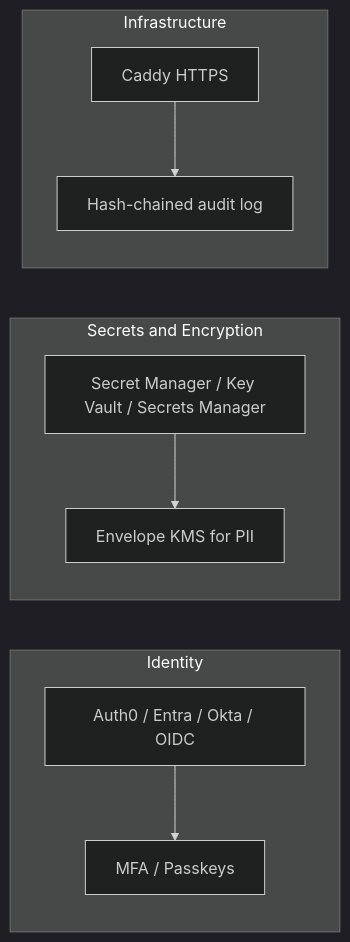
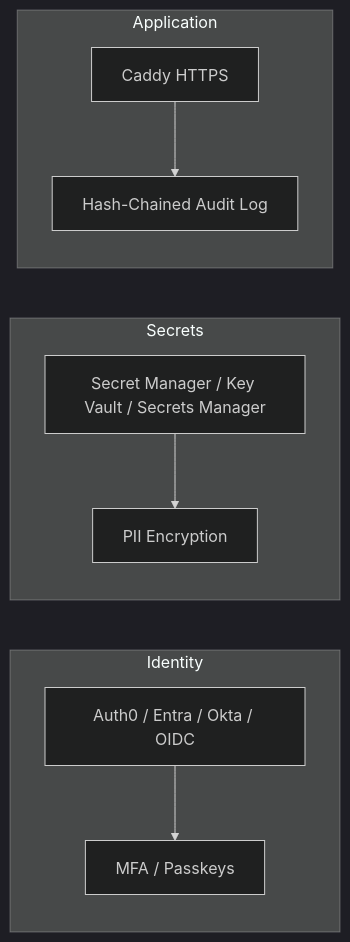
The fourth of 4 diagrams in README.md (Pinpoint-311/Pinpoint-311), drawn with Mermaid (dark theme) before and after one commit. The commit also changed other lines of this file, not shown here.

````diff
--- a/README.md
+++ b/README.md
@@ -229,21 +1429,21 @@
 ```mermaid
 graph LR
-    subgraph "Identity"
+    subgraph Identity
         IDP[Auth0 / Entra / Okta / OIDC]
         MFA[MFA / Passkeys]
     end
 
-    subgraph "Secrets and Encryption"
-        SEC[Secret Manager / Key Vault / Secrets Manager]
-        KMS[Envelope KMS for PII]
+    subgraph Secrets
+        Vault[Secret Manager / Key Vault / Secrets Manager]
+        KMS[PII Encryption]
     end
 
-    subgraph "Infrastructure"
-        CD[Caddy HTTPS]
-        AL[Hash-chained audit log]
+    subgraph Application
+        HTTPS[Caddy HTTPS]
+        Audit[Hash-Chained Audit Log]
     end
 
     IDP --> MFA
-    SEC --> KMS
-    CD --> AL
+    Vault --> KMS
+    HTTPS --> Audit
 ```
````
